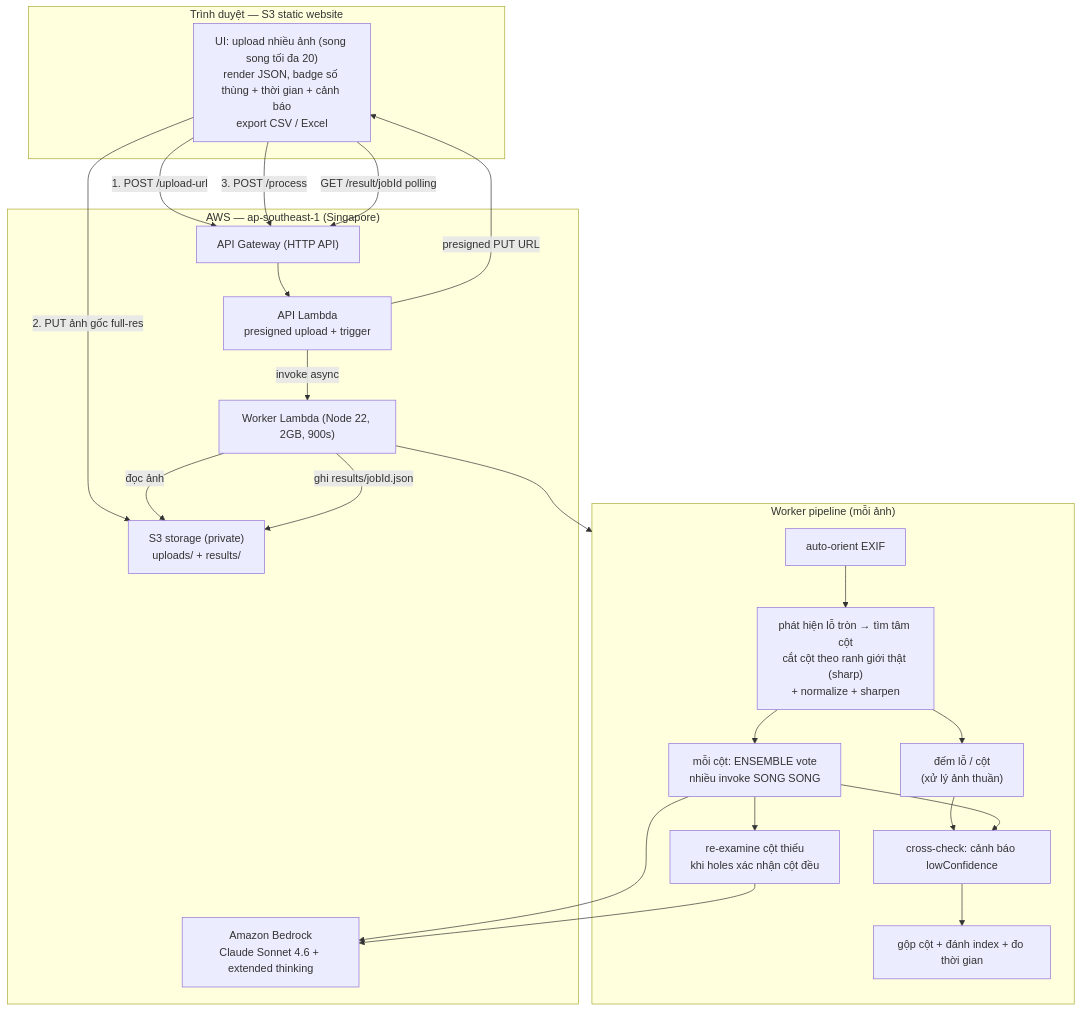
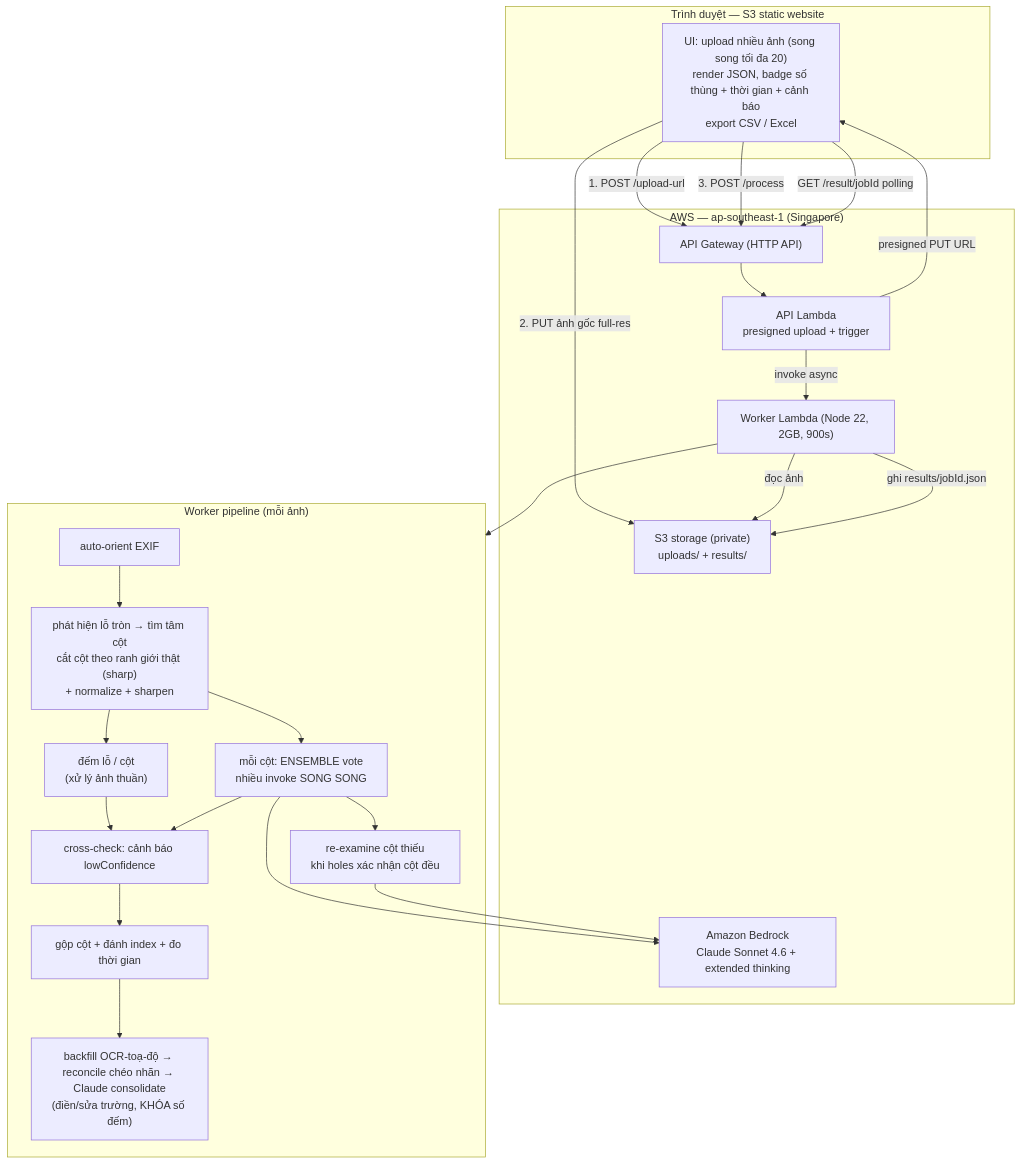
One commit to PNg-HA/box-label-extractor changed the diagram in README.md. Above: the diagram before and after it, drawn with Mermaid. The commit also changed other lines of this file, not shown here.

Commit message:
README: document field-reading pipeline (backfill->reconcile->Claude consolidate, count locked) + applicability-aware KPI (box_code/line_code 100%, shop 99.7%, number 98.9%, overall 95.7%) + per-label accuracy (IMG_5816 shop/box 100% order 96.8%, IMG_5819 100%). 11/12 count, <3min/image.

````diff
--- a/README.md
+++ b/README.md
@@ -8,37 +8,38 @@
 ```mermaid
 flowchart TD
     subgraph Client["Trình duyệt — S3 static website"]
         UI["UI: upload nhiều ảnh (song song tối đa 20)<br/>render JSON, badge số thùng + thời gian + cảnh báo<br/>export CSV / Excel"]
     end
 
     subgraph AWS["AWS — ap-southeast-1 (Singapore)"]
         APIGW["API Gateway (HTTP API)"]
         APIL["API Lambda<br/>presigned upload + trigger"]
         S3ST["S3 storage (private)<br/>uploads/ + results/"]
         WK["Worker Lambda (Node 22, 2GB, 900s)"]
         BR["Amazon Bedrock<br/>Claude Sonnet 4.6 + extended thinking"]
     end
 
     UI -->|1. POST /upload-url| APIGW --> APIL
     APIL -->|presigned PUT URL| UI
     UI -->|2. PUT ảnh gốc full-res| S3ST
     UI -->|3. POST /process| APIGW
     APIL -->|invoke async| WK
     UI -->|GET /result/jobId polling| APIGW
 
     WK -->|đọc ảnh| S3ST
     WK --> PIPE
     WK -->|ghi results/jobId.json| S3ST
 
     subgraph PIPE["Worker pipeline (mỗi ảnh)"]
         P1["auto-orient EXIF"] --> P2["phát hiện lỗ tròn → tìm tâm cột<br/>cắt cột theo ranh giới thật (sharp)<br/>+ normalize + sharpen"]
         P2 --> P3["mỗi cột: ENSEMBLE vote<br/>nhiều invoke SONG SONG"]
         P3 --> BR
         P2 --> P4["đếm lỗ / cột<br/>(xử lý ảnh thuần)"]
         P3 --> P5["re-examine cột thiếu<br/>khi holes xác nhận cột đều"]
         P5 --> BR
         P4 --> P6["cross-check: cảnh báo lowConfidence"]
         P3 --> P6
         P6 --> P7["gộp cột + đánh index + đo thời gian"]
+        P7 --> P8["backfill OCR-toạ-độ → reconcile chéo nhãn → Claude consolidate<br/>(điền/sửa trường, KHÓA số đếm)"]
     end
 ```
````
